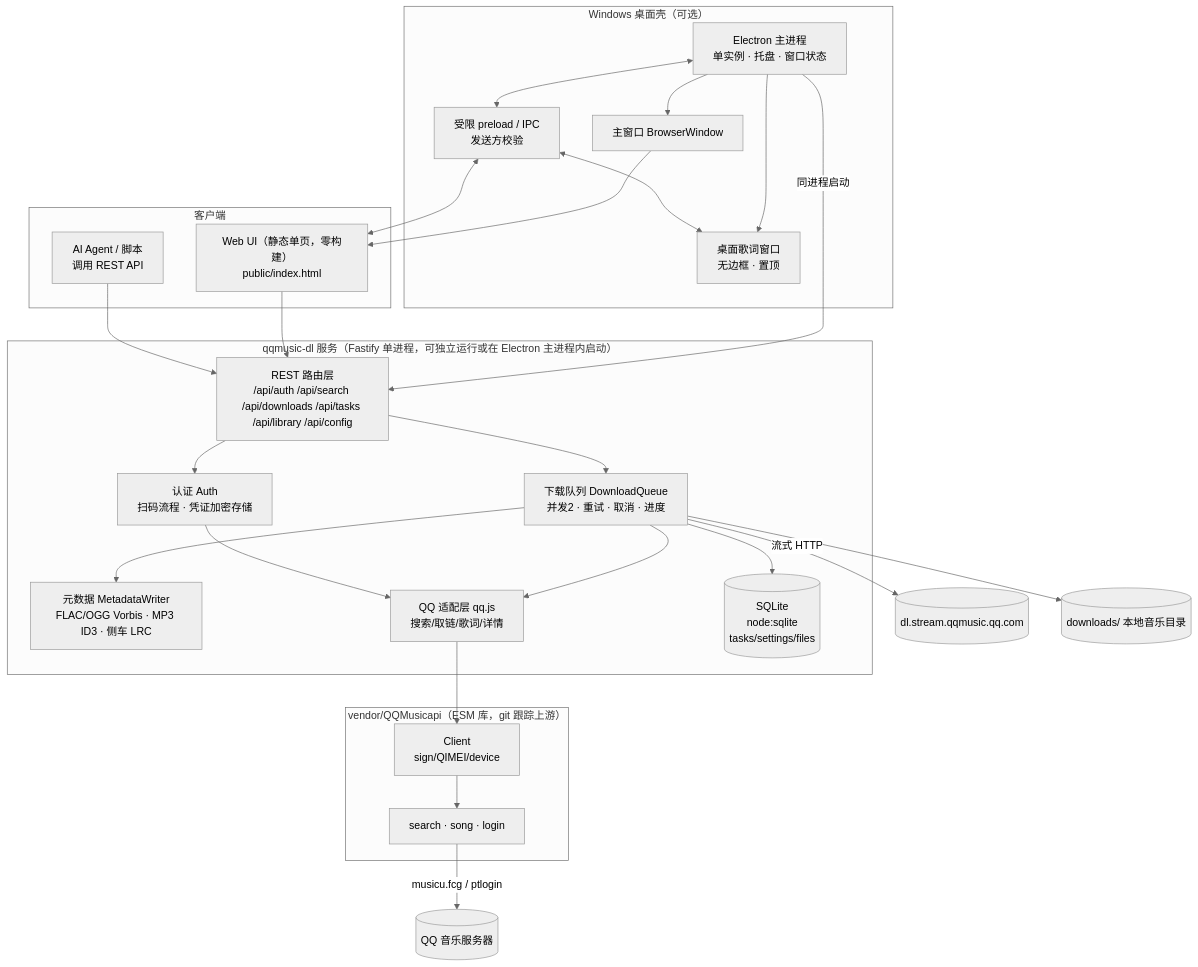
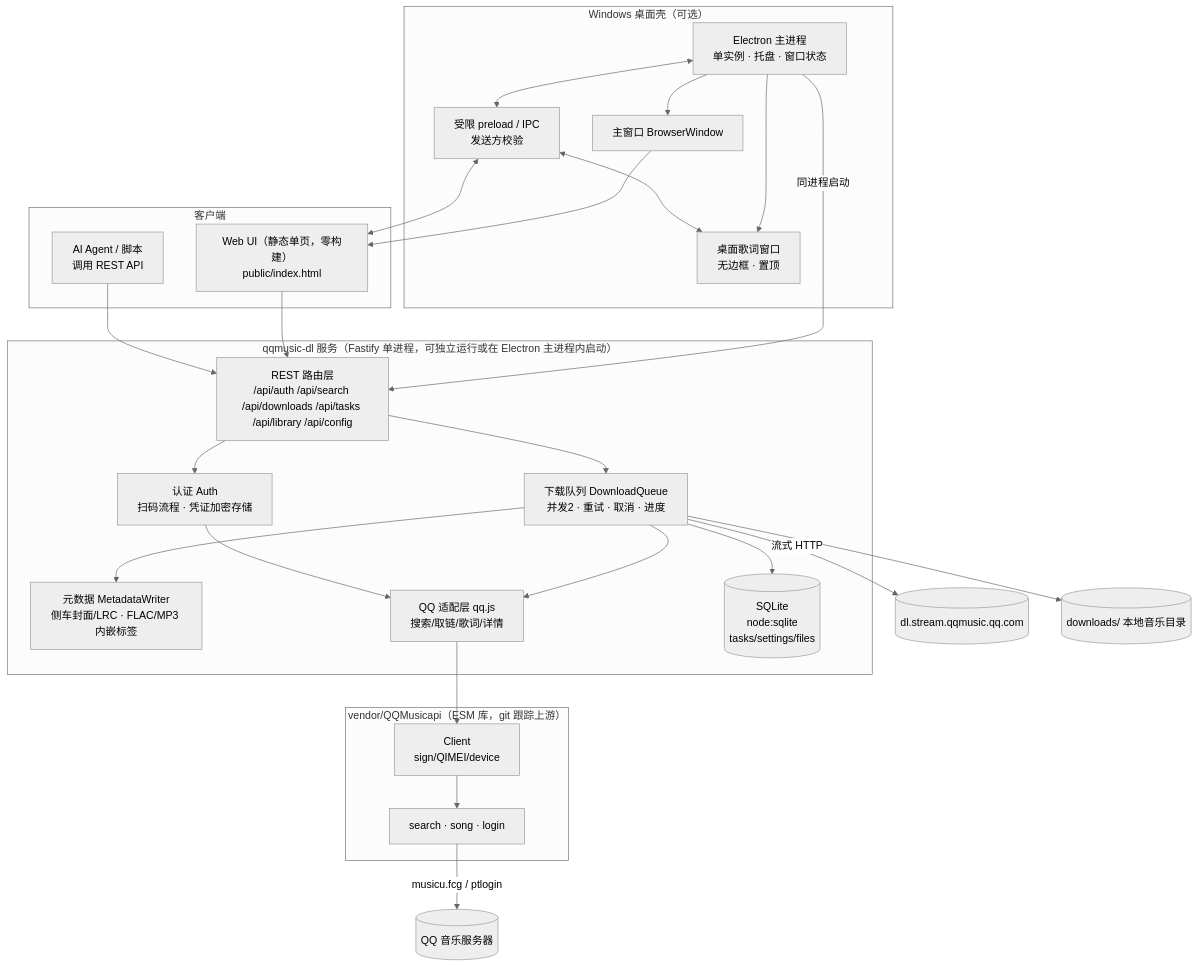
One commit to 2921323707/qqmusic-dl changed the first of 2 diagrams in docs/architecture.md. Above: the diagram before and after it, drawn with Mermaid (neutral theme). The commit also changed other lines of this file and 16 other files, not shown here.

````diff
--- a/docs/architecture.md
+++ b/docs/architecture.md
@@ -28,45 +28,45 @@
 ```mermaid
 flowchart TD
     subgraph Desktop["Windows 桌面壳（可选）"]
         EM["Electron 主进程<br/>单实例 · 托盘 · 窗口状态"]
         MW["主窗口 BrowserWindow"]
         LW["桌面歌词窗口<br/>无边框 · 置顶"]
         IPC["受限 preload / IPC<br/>发送方校验"]
         EM --> MW
         EM --> LW
         EM <--> IPC
     end
     subgraph Client["客户端"]
         UI["Web UI（静态单页，零构建）<br/>public/index.html"]
         AG["AI Agent / 脚本<br/>调用 REST API"]
     end
     subgraph Server["qqmusic-dl 服务（Fastify 单进程，可独立运行或在 Electron 主进程内启动）"]
         API["REST 路由层<br/>/api/auth /api/search /api/downloads /api/tasks /api/library /api/config"]
         Q["下载队列 DownloadQueue<br/>并发2 · 重试 · 取消 · 进度"]
-        M["元数据 MetadataWriter<br/>FLAC/OGG Vorbis · MP3 ID3 · 侧车 LRC"]
+        M["元数据 MetadataWriter<br/>侧车封面/LRC · FLAC/MP3 内嵌标签"]
         A["认证 Auth<br/>扫码流程 · 凭证加密存储"]
         QQ["QQ 适配层 qq.js<br/>搜索/取链/歌词/详情"]
         DB[("SQLite<br/>node:sqlite<br/>tasks/settings/files")]
     end
     subgraph Vendor["vendor/QQMusicapi（ESM 库，git 跟踪上游）"]
         C["Client<br/>sign/QIMEI/device"]
         MOD["search · song · login"]
     end
     MW --> UI
     IPC <--> UI
     IPC <--> LW
     EM -->|同进程启动| API
     UI --> API
     AG --> API
     API --> Q
     API --> A
     Q --> QQ
     Q --> M
     A --> QQ
     Q --> DB
     QQ --> C
     C --> MOD
     MOD -->|musicu.fcg / ptlogin| QMS[("QQ 音乐服务器")]
     Q -->|流式 HTTP| CDN[("dl.stream.qqmusic.qq.com")]
     Q --> FS[("downloads/ 本地音乐目录")]
 ```
````
